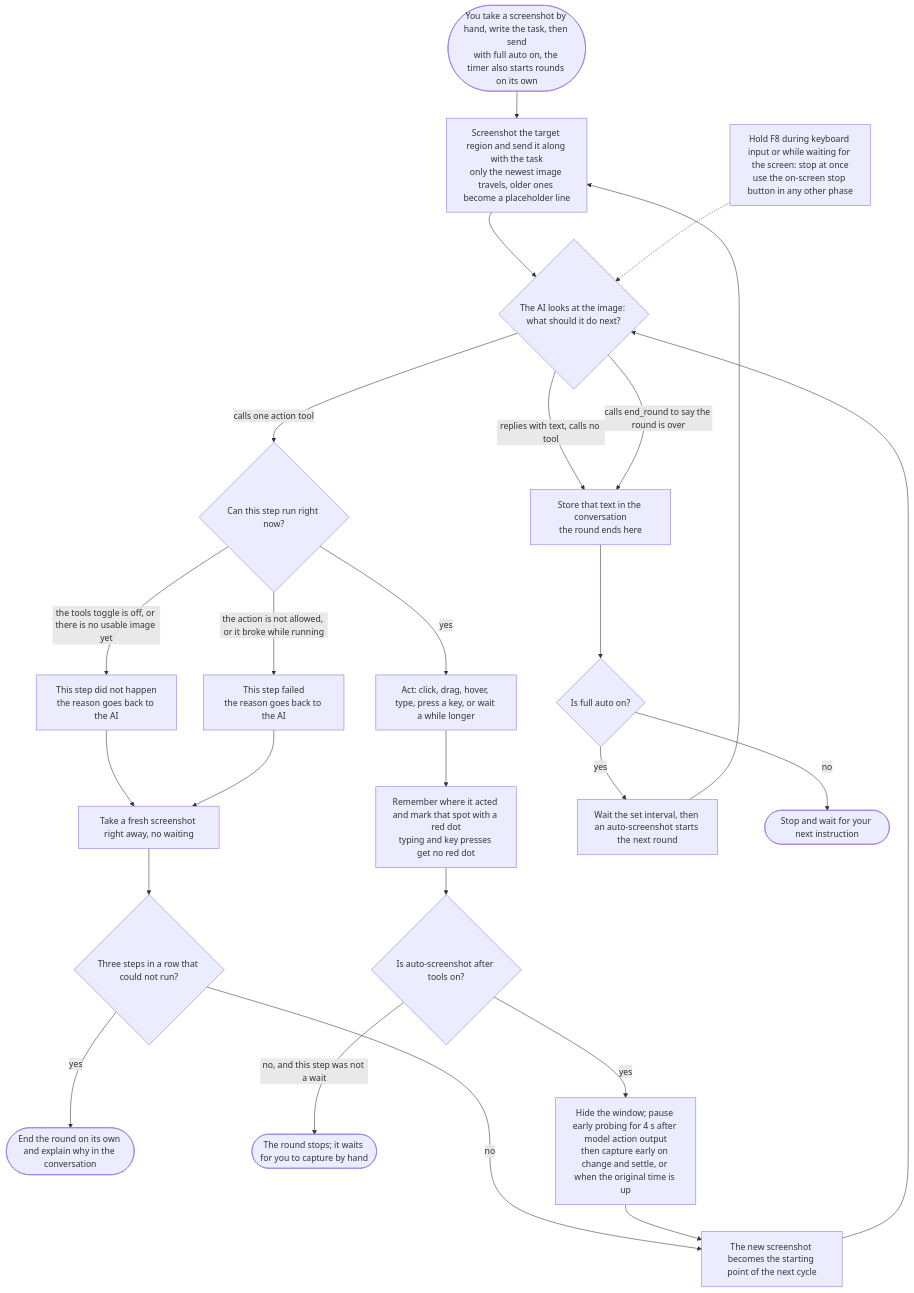
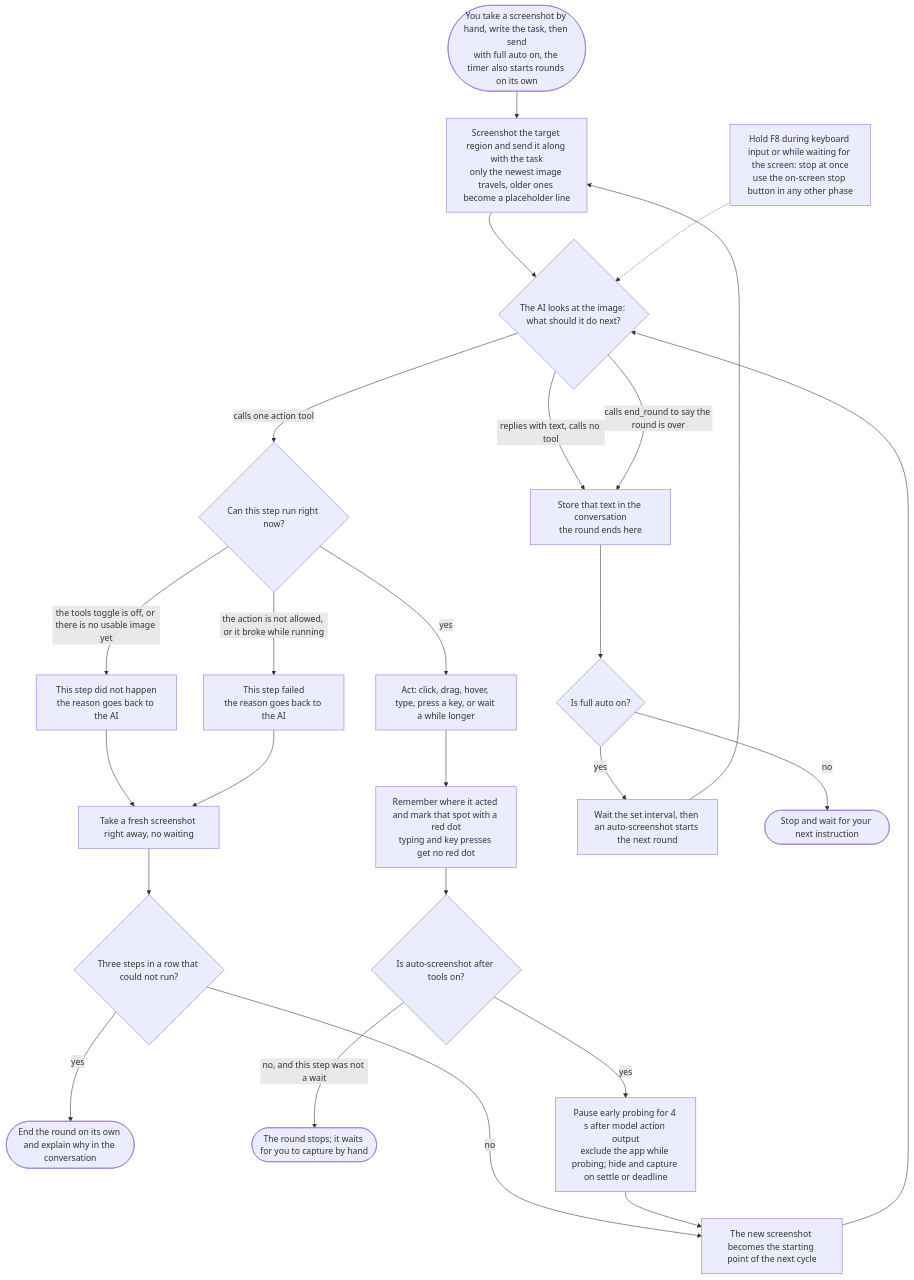
Before and after one commit to s11IM/VLM_Screenshot_Action: the diagram in README.en.md, drawn with Mermaid. The commit also changed other lines of this file and 11 other files, not shown here.

Commit message:
Show the app while excluding it from settling detection

````diff
--- a/README.en.md
+++ b/README.en.md
@@ -61,26 +61,26 @@
 ```mermaid
 flowchart TD
     A([You take a screenshot by hand, write the task, then send<br/>with full auto on, the timer also starts rounds on its own]) --> B[Screenshot the target region and send it along with the task<br/>only the newest image travels, older ones become a placeholder line]
     B --> C{The AI looks at the image: what should it do next?}
     C -- replies with text, calls no tool --> R[Store that text in the conversation<br/>the round ends here]
     C -- calls end_round to say the round is over --> R
     C -- calls one action tool --> D{Can this step run right now?}
     D -- the tools toggle is off, or there is no usable image yet --> D2[This step did not happen<br/>the reason goes back to the AI]
     D -- the action is not allowed, or it broke while running --> D3[This step failed<br/>the reason goes back to the AI]
     D2 --> I2[Take a fresh screenshot right away, no waiting]
     D3 --> I2
     I2 --> I3{Three steps in a row that could not run?}
     I3 -- yes --> I4([End the round on its own and explain why in the conversation])
     I3 -- no --> J
     D -- yes --> E[Act: click, drag, hover, type, press a key, or wait a while longer]
     E --> E2[Remember where it acted and mark that spot with a red dot<br/>typing and key presses get no red dot]
     E2 --> H{Is auto-screenshot after tools on?}
     H -- no, and this step was not a wait --> H2([The round stops; it waits for you to capture by hand])
-    H -- yes --> I[Hide the window; pause early probing for 4 s after model action output<br/>then capture early on change and settle, or when the original time is up]
+    H -- yes --> I[Pause early probing for 4 s after model action output<br/>exclude the app while probing; hide and capture on settle or deadline]
     I --> J[The new screenshot becomes the starting point of the next cycle]
     J --> C
     R --> K{Is full auto on?}
     K -- yes --> L[Wait the set interval, then an auto-screenshot starts the next round] --> B
     K -- no --> M([Stop and wait for your next instruction])
     N[Hold F8 during keyboard input or while waiting for the screen: stop at once<br/>use the on-screen stop button in any other phase] -.-> C
 ```
````
